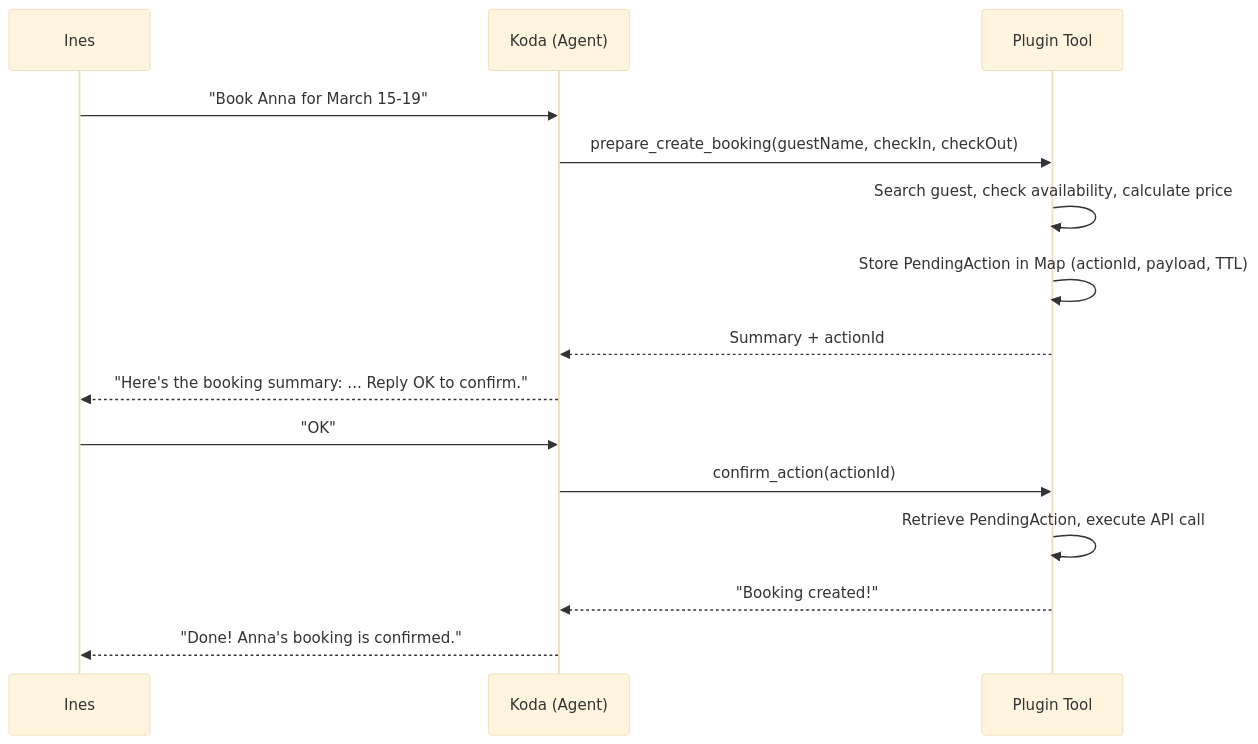
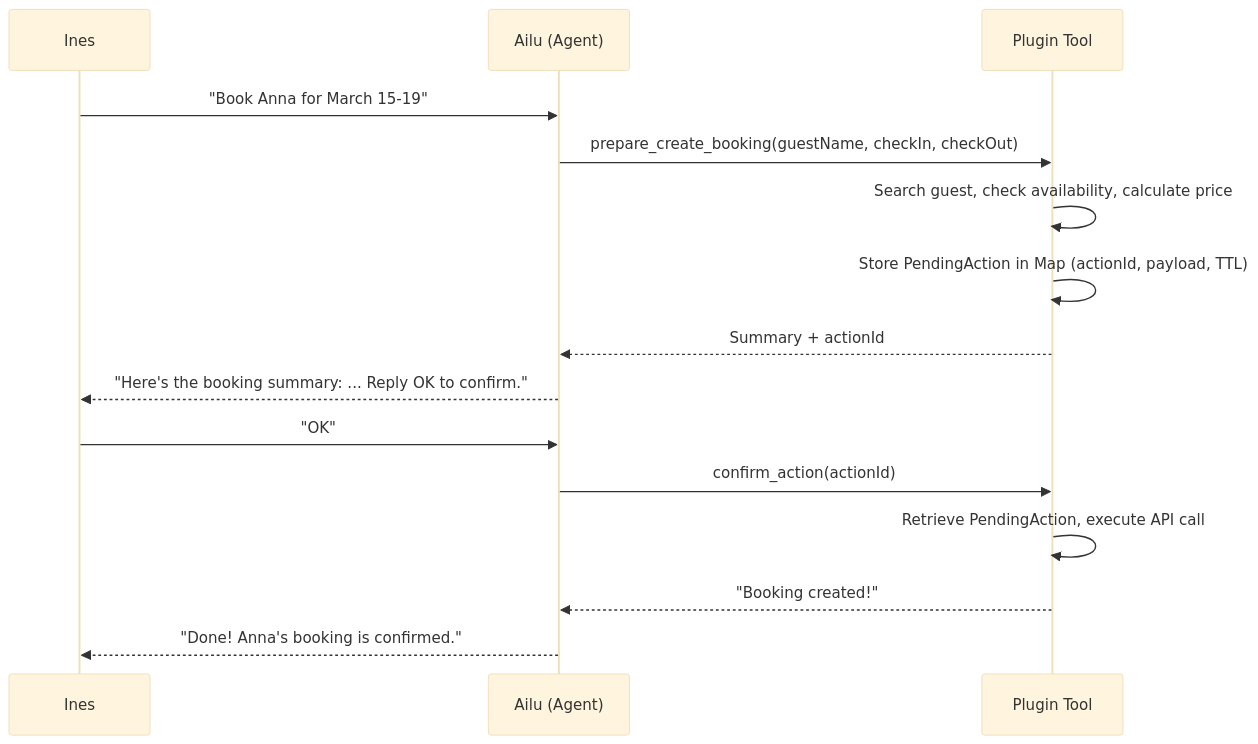
One commit to iarickvigasi/pyr changed the second of 4 diagrams in packages/assistant/ARCHITECTURE.md. Above: the diagram before and after it, drawn with Mermaid (base theme). The commit also changed other lines of this file and 18 other files, not shown here.

````diff
--- a/packages/assistant/ARCHITECTURE.md
+++ b/packages/assistant/ARCHITECTURE.md
@@ -203,18 +215,18 @@
 ```mermaid
 sequenceDiagram
     participant I as Ines
-    participant K as Koda (Agent)
+    participant K as Ailu (Agent)
     participant P as Plugin Tool
 
     I->>K: "Book Anna for March 15-19"
     K->>P: prepare_create_booking(guestName, checkIn, checkOut)
     P->>P: Search guest, check availability, calculate price
     P->>P: Store PendingAction in Map (actionId, payload, TTL)
     P-->>K: Summary + actionId
     K-->>I: "Here's the booking summary: ... Reply OK to confirm."
     I->>K: "OK"
     K->>P: confirm_action(actionId)
     P->>P: Retrieve PendingAction, execute API call
     P-->>K: "Booking created!"
     K-->>I: "Done! Anna's booking is confirmed."
 ```
````
